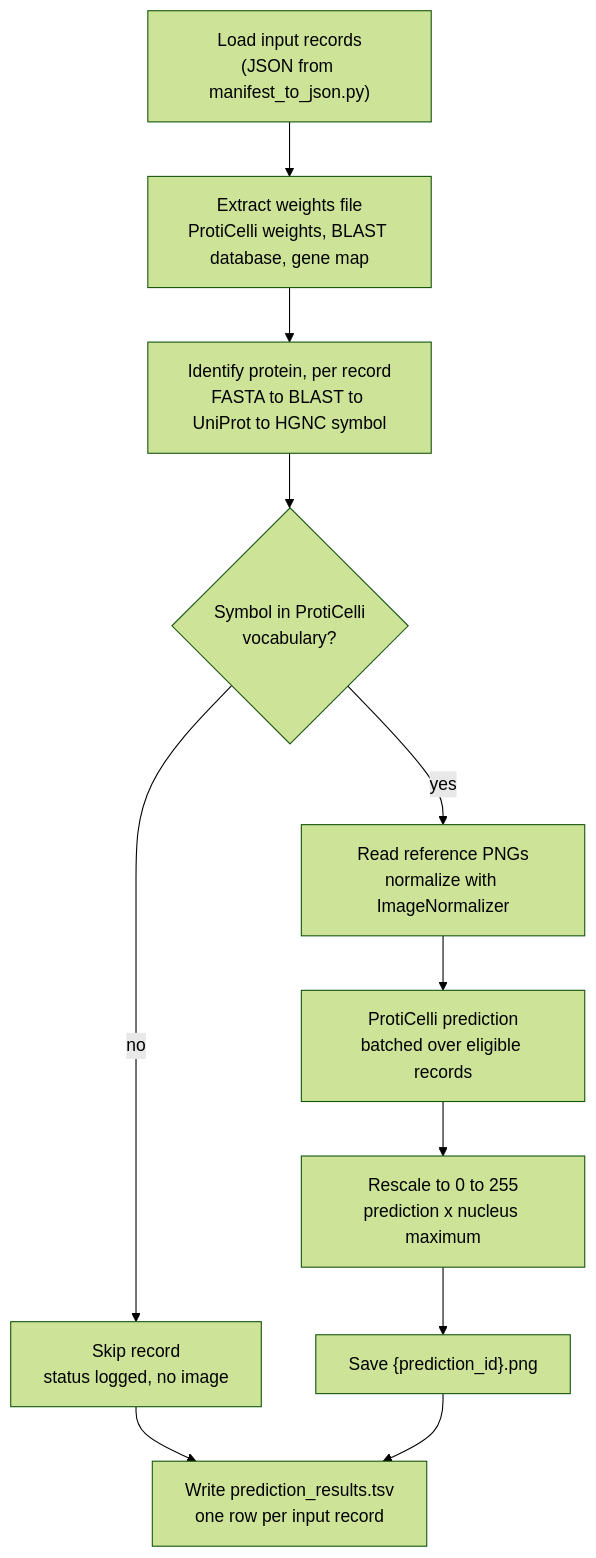
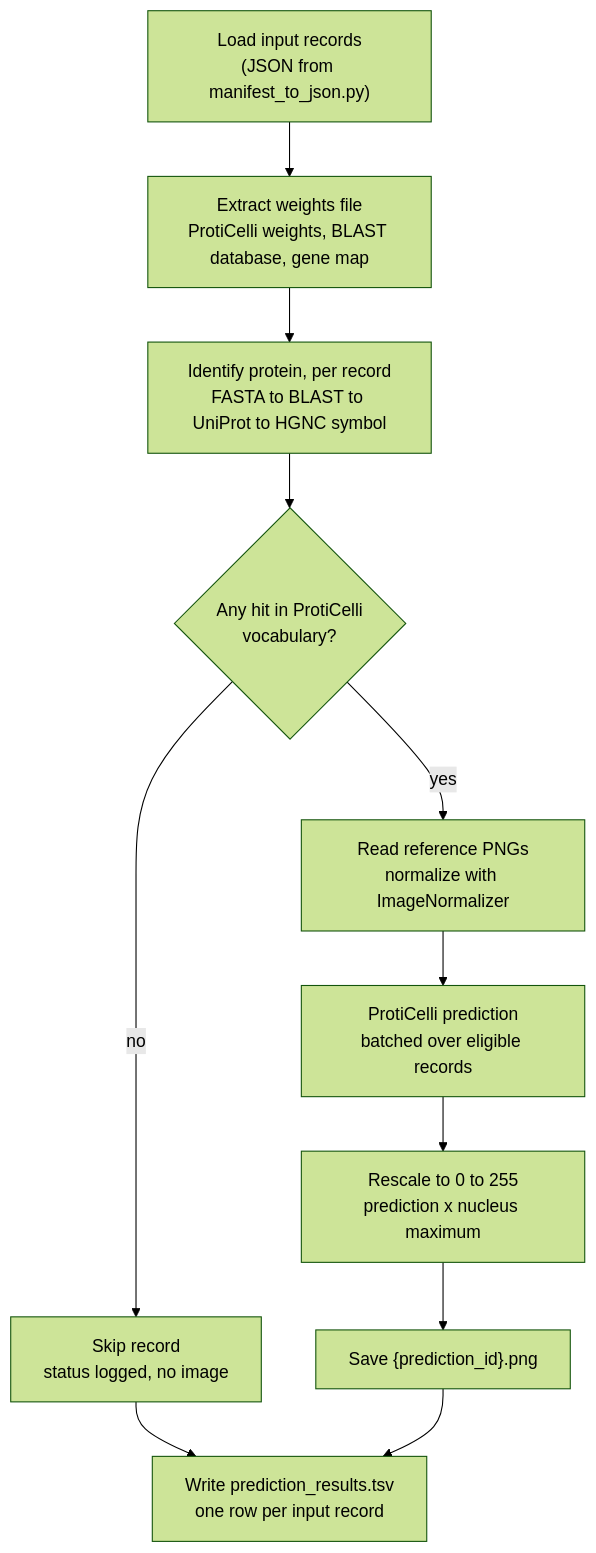
Before and after one commit to cm4ai-anvil-dream-challenge/blast-proticelli: the diagram in README.md, drawn with Mermaid (forest theme). The commit also changed other lines of this file and 2 other files, not shown here.

````diff
--- a/README.md
+++ b/README.md
@@ -12,13 +12,13 @@
 ```mermaid
 flowchart TD
     A["Load input records<br/>(JSON from manifest_to_json.py)"] --> B["Extract weights file<br/>ProtiCelli weights, BLAST database, gene map"]
     B --> C["Identify protein, per record<br/>FASTA to BLAST to UniProt to HGNC symbol"]
-    C --> D{"Symbol in ProtiCelli<br/>vocabulary?"}
+    C --> D{"Any hit in ProtiCelli<br/>vocabulary?"}
     D -- no --> E["Skip record<br/>status logged, no image"]
     D -- yes --> N["Read reference PNGs<br/>normalize with ImageNormalizer"]
     N --> F["ProtiCelli prediction<br/>batched over eligible records"]
     F --> R["Rescale to 0 to 255<br/>prediction x nucleus maximum"]
     R --> G["Save {prediction_id}.png"]
     E --> H["Write prediction_results.tsv<br/>one row per input record"]
     G --> H
 ```
````
